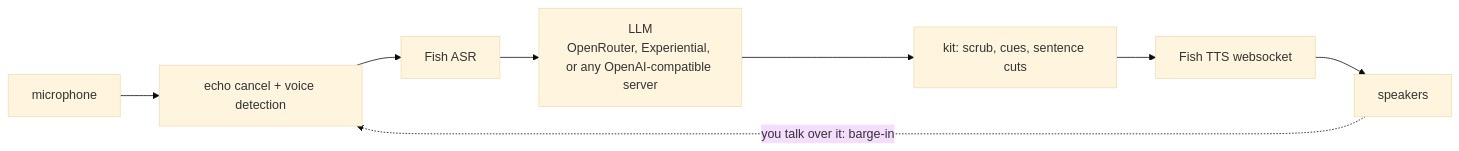
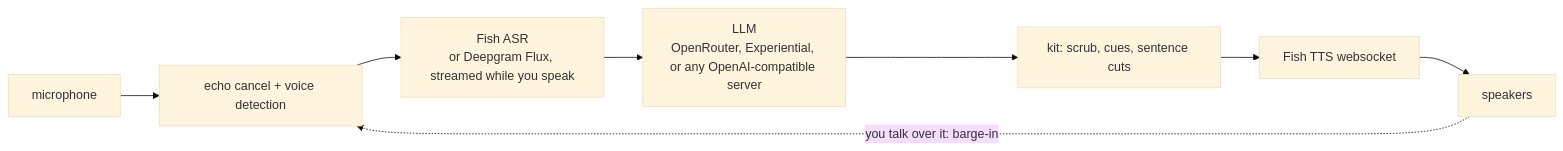
One commit to kzndotsh/fish-audio-suite changed the diagram in README.md. Above: the diagram before and after it, drawn with Mermaid (base theme). The commit also changed 6 other files, not shown here.

````diff
--- a/README.md
+++ b/README.md
@@ -58,10 +58,10 @@
 ```mermaid
 flowchart LR
     mic["microphone"] --> ear["echo cancel + voice detection"]
-    ear --> asr["Fish ASR"]
+    ear --> asr["Fish ASR<br/>or Deepgram Flux, streamed while you speak"]
     asr --> llm["LLM<br/>OpenRouter, Experiential, or any OpenAI-compatible server"]
     llm --> kit["kit: scrub, cues, sentence cuts"]
     kit --> tts["Fish TTS websocket"]
     tts --> spk["speakers"]
     spk -. "you talk over it: barge-in" .-> ear
 ```
````
